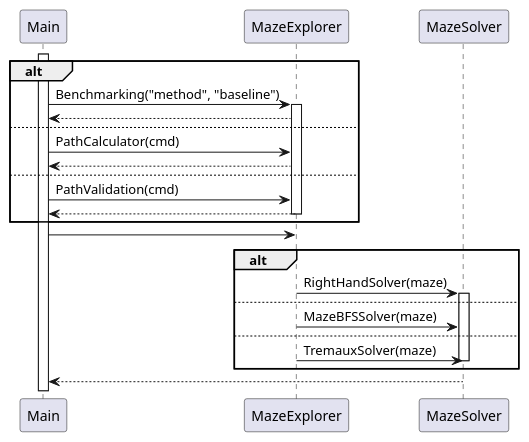
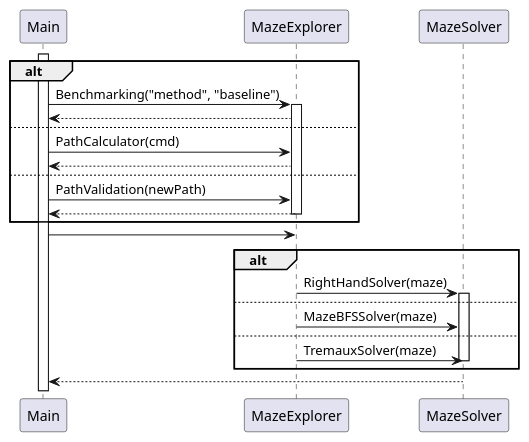
One commit to xSankalpaD/Maze-Runner changed the diagram in src/main/java/ca/mcmaster/se2aa4/mazerunner/UML Diagrams/SequenceDiagram.puml. Above: the diagram before and after it, drawn with PlantUML. The commit also changed 11 other files, not shown here.

```diff
--- a/src/main/java/ca/mcmaster/se2aa4/mazerunner/UML Diagrams/SequenceDiagram.puml
+++ b/src/main/java/ca/mcmaster/se2aa4/mazerunner/UML Diagrams/SequenceDiagram.puml
@@ -1,39 +1,39 @@
 @startuml SequenceDiagram
 
 participant Main
 participant MazeExplorer
 participant MazeSolver
 
 
 activate Main
 
 alt 
 Main -> MazeExplorer: Benchmarking("method", "baseline")
 activate MazeExplorer
 Main <-- MazeExplorer
 else
 Main -> MazeExplorer: PathCalculator(cmd)
 Main <-- MazeExplorer
 else
-Main -> MazeExplorer: PathValidation(cmd)
+Main -> MazeExplorer: PathValidation(newPath)
 Main <-- MazeExplorer
 deactivate MazeExplorer
 end
 
 
 Main -> MazeExplorer
 alt 
 MazeExplorer -> MazeSolver: RightHandSolver(maze)
 activate MazeSolver
 
 else
 MazeExplorer -> MazeSolver: MazeBFSSolver(maze)
 
 else
 MazeExplorer -> MazeSolver: TremauxSolver(maze)
 
 deactivate MazeSolver  
 end
 MazeSolver --> Main
 
 @enduml
```
